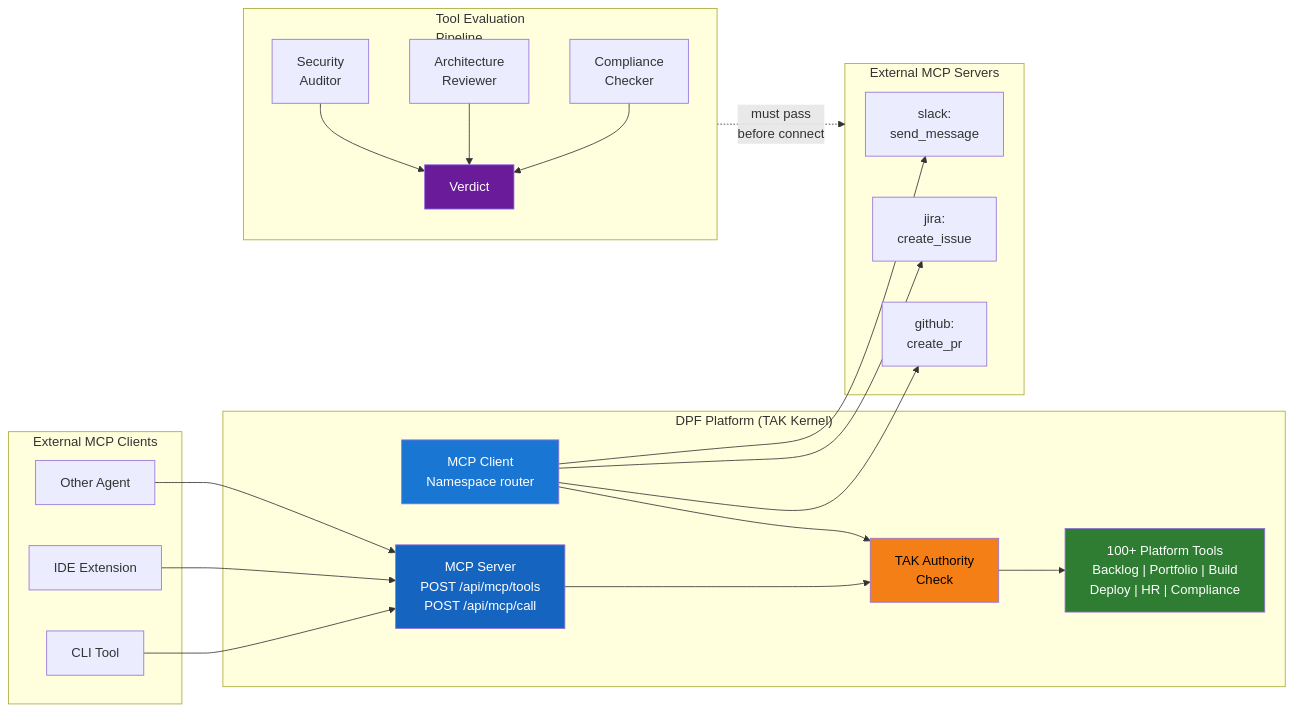
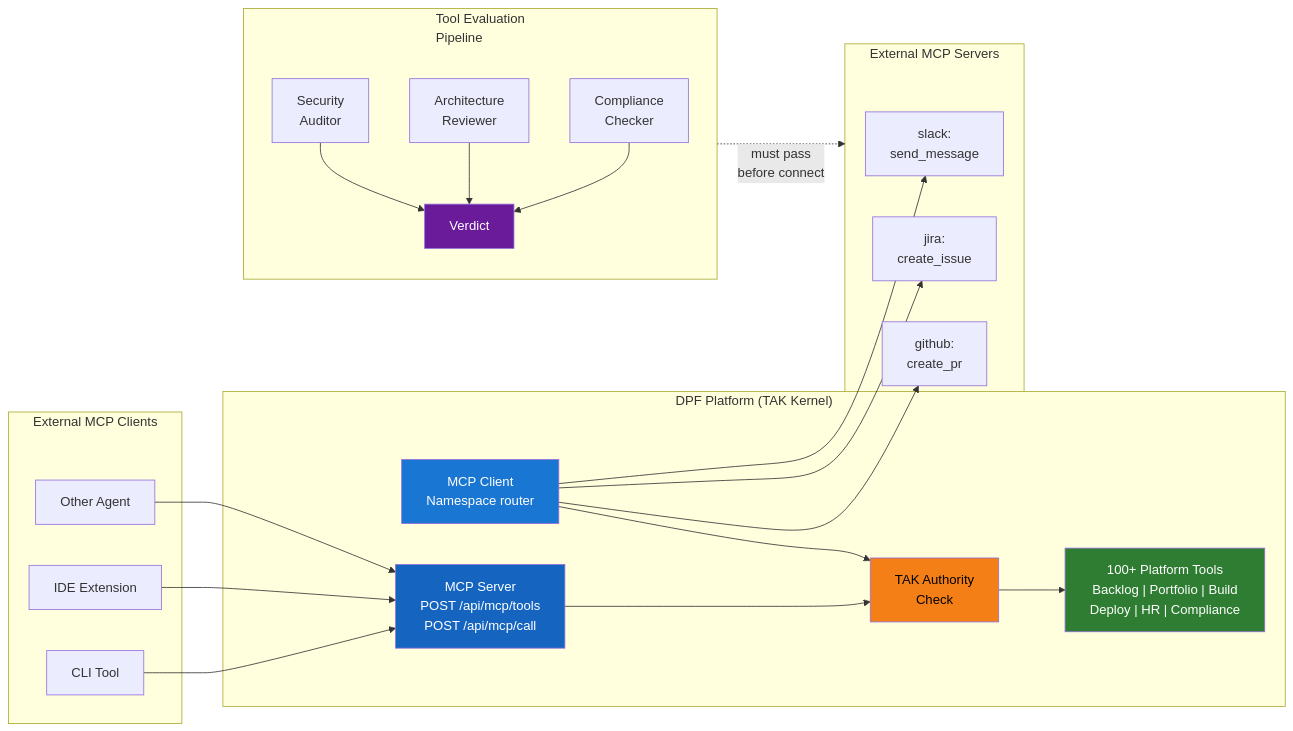
One commit to OpenDigitalProductFactory/opendigitalproductfactory changed the diagram in docs/architecture/tak-diagrams/05-mcp-model.mmd. Above: the diagram before and after it, drawn with Mermaid. The commit also changed 7 other files, not shown here.

Commit message:
fix: isolate diagram spacing and explicit publication profiles

```diff
--- a/docs/architecture/tak-diagrams/05-mcp-model.mmd
+++ b/docs/architecture/tak-diagrams/05-mcp-model.mmd
@@ -1,46 +1,53 @@
+---
+config:
+  flowchart:
+    subGraphTitleMargin:
+      top: 0
+      bottom: 48
+---
 flowchart LR
     subgraph EXTERNAL_CLIENTS["External MCP Clients"]
         CLI["CLI Tool"]
         IDE["IDE Extension"]
         OTHER["Other Agent"]
     end
 
     subgraph PLATFORM["DPF Platform (TAK Kernel)"]
         SERVER["MCP Server\nPOST /api/mcp/tools\nPOST /api/mcp/call"]
         TOOLS["100+ Platform Tools\nBacklog | Portfolio | Build\nDeploy | HR | Compliance"]
         CLIENT["MCP Client\nNamespace router"]
         AUTH_CHECK["TAK Authority\nCheck"]
 
         SERVER --> AUTH_CHECK --> TOOLS
         CLIENT --> AUTH_CHECK
     end
 
     subgraph EXTERNAL_SERVERS["External MCP Servers"]
         SLACK["slack:\nsend_message"]
         JIRA["jira:\ncreate_issue"]
         GH["github:\ncreate_pr"]
     end
 
     subgraph EVAL["Tool Evaluation\nPipeline"]
         SEC["Security\nAuditor"]
         ARCH["Architecture\nReviewer"]
         COMP["Compliance\nChecker"]
         VERDICT["Verdict"]
         SEC --> VERDICT
         ARCH --> VERDICT
         COMP --> VERDICT
     end
 
     CLI --> SERVER
     IDE --> SERVER
     OTHER --> SERVER
     CLIENT --> SLACK
     CLIENT --> JIRA
     CLIENT --> GH
     EVAL -.->|"must pass\nbefore connect"| EXTERNAL_SERVERS
 
     style SERVER fill:#1565c0,color:#fff
     style TOOLS fill:#2e7d32,color:#fff
     style CLIENT fill:#1976d2,color:#fff
     style AUTH_CHECK fill:#f57f17,color:#000
     style VERDICT fill:#6a1b9a,color:#fff
```
